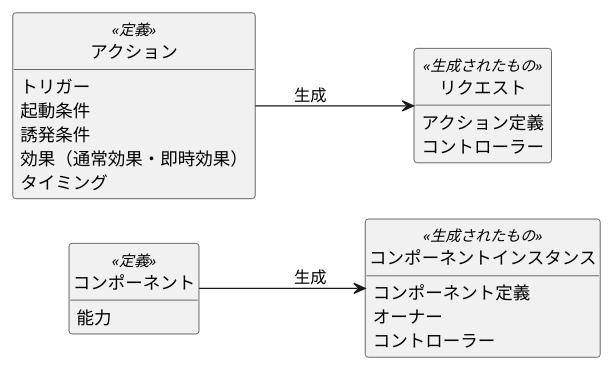
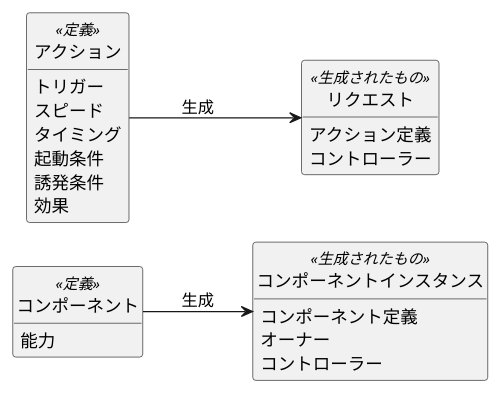
One commit to BlackPoker/BlackPoker changed the diagram in source/core/core.rst. Above: the diagram before and after it, drawn with PlantUML. The commit also changed other lines of this file and 4 other files, not shown here.

```diff
--- a/source/core/core.rst
+++ b/source/core/core.rst
@@ -308,35 +335,36 @@
 .. uml:: 
     :caption: コントローラー属性
     :scale: 50%
 
     left to right direction
 
     hide methods
     hide circle
 
     class コンポーネント<<定義>> {
         能力
     }
 
 
     class コンポーネントインスタンス<<生成されたもの>> {
         コンポーネント定義
         オーナー
         コントローラー
     }
 
     class アクション<<定義>> {
         トリガー
+        スピード
+        タイミング
         起動条件
         誘発条件
-        効果（通常効果・即時効果）
-        タイミング
+        効果
     }
 
     class リクエスト<<生成されたもの>> {
         アクション定義
         コントローラー
     }
 
     アクション --> リクエスト : 生成 
     コンポーネント --> コンポーネントインスタンス : 生成 
```
